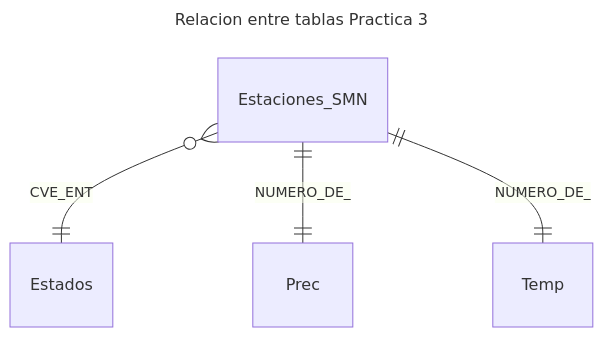
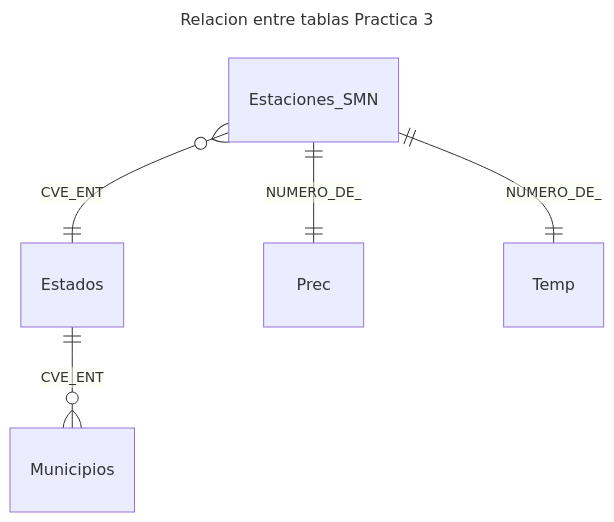
One commit to vshalisko/mixed_GIS_related_scripts changed the diagram in Clase_Metadatos/Practica_3_esquema_DB_relacional.mermaid. Above: the diagram before and after it, drawn with Mermaid.

```diff
--- a/Clase_Metadatos/Practica_3_esquema_DB_relacional.mermaid
+++ b/Clase_Metadatos/Practica_3_esquema_DB_relacional.mermaid
@@ -1,7 +1,8 @@
 ---
 title: Relacion entre tablas Practica 3
 ---
 erDiagram
   Estaciones_SMN }o--|| Estados : CVE_ENT
   Estaciones_SMN ||--|| Prec : NUMERO_DE_
   Estaciones_SMN ||--|| Temp : NUMERO_DE_
+  Estados ||--o{ Municipios: CVE_ENT
```
